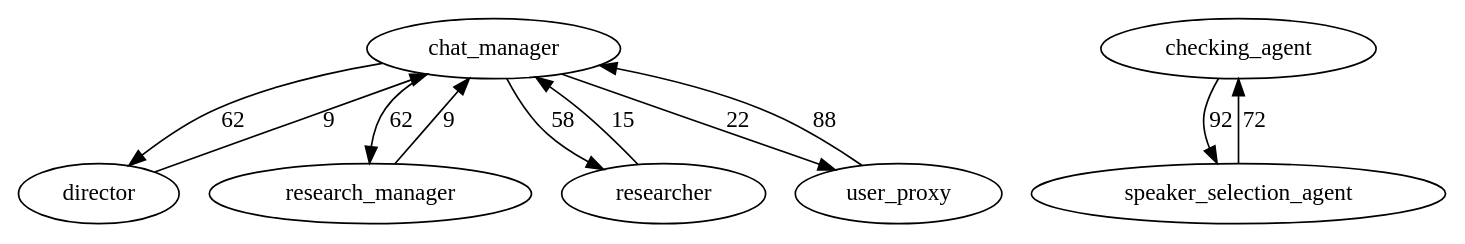
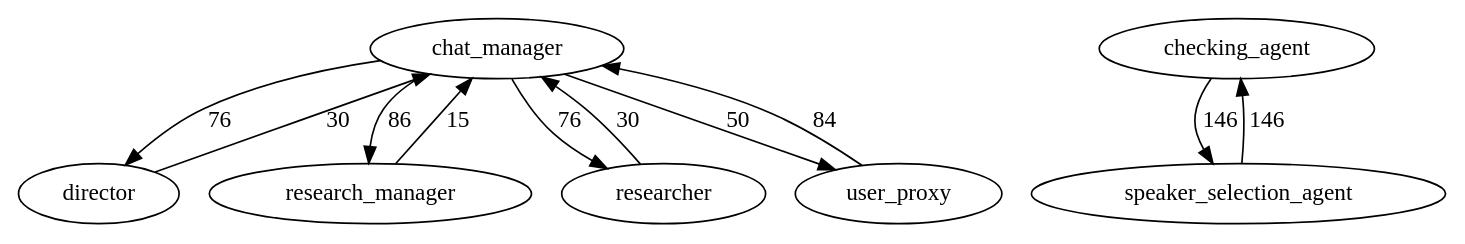
The diagram in outputs/system2_research_agents/trace_graph.dot (BzhH7/MASentinel), drawn with Graphviz before and after one commit. The commit also changed 225 other files, not shown here.

```diff
--- a/outputs/system2_research_agents/trace_graph.dot
+++ b/outputs/system2_research_agents/trace_graph.dot
@@ -1,19 +1,19 @@
 digraph MASentinelTrace {
   "chat_manager" [shape=ellipse];
   "checking_agent" [shape=ellipse];
   "director" [shape=ellipse];
   "research_manager" [shape=ellipse];
   "researcher" [shape=ellipse];
   "speaker_selection_agent" [shape=ellipse];
   "user_proxy" [shape=ellipse];
-  "chat_manager" -> "director" [label="62"];
-  "chat_manager" -> "research_manager" [label="62"];
-  "chat_manager" -> "researcher" [label="58"];
-  "chat_manager" -> "user_proxy" [label="22"];
-  "checking_agent" -> "speaker_selection_agent" [label="92"];
-  "director" -> "chat_manager" [label="9"];
-  "research_manager" -> "chat_manager" [label="9"];
-  "researcher" -> "chat_manager" [label="15"];
-  "speaker_selection_agent" -> "checking_agent" [label="72"];
-  "user_proxy" -> "chat_manager" [label="88"];
+  "chat_manager" -> "director" [label="76"];
+  "chat_manager" -> "research_manager" [label="86"];
+  "chat_manager" -> "researcher" [label="76"];
+  "chat_manager" -> "user_proxy" [label="50"];
+  "checking_agent" -> "speaker_selection_agent" [label="146"];
+  "director" -> "chat_manager" [label="30"];
+  "research_manager" -> "chat_manager" [label="15"];
+  "researcher" -> "chat_manager" [label="30"];
+  "speaker_selection_agent" -> "checking_agent" [label="146"];
+  "user_proxy" -> "chat_manager" [label="84"];
 }
```
